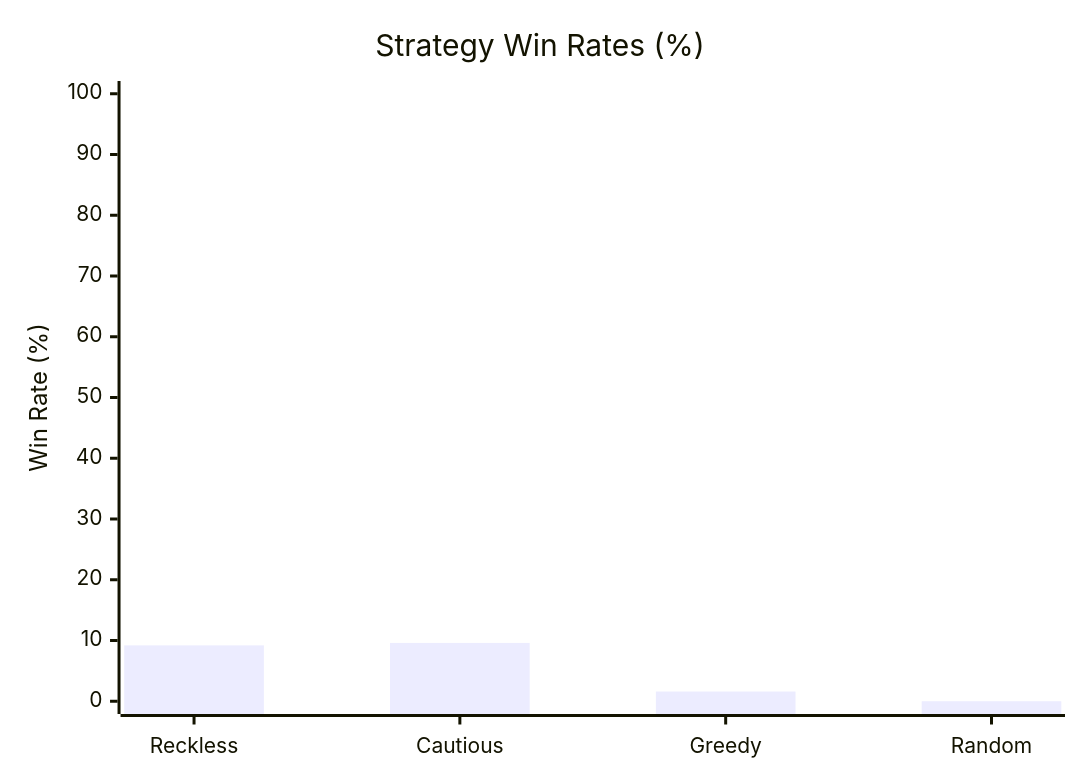
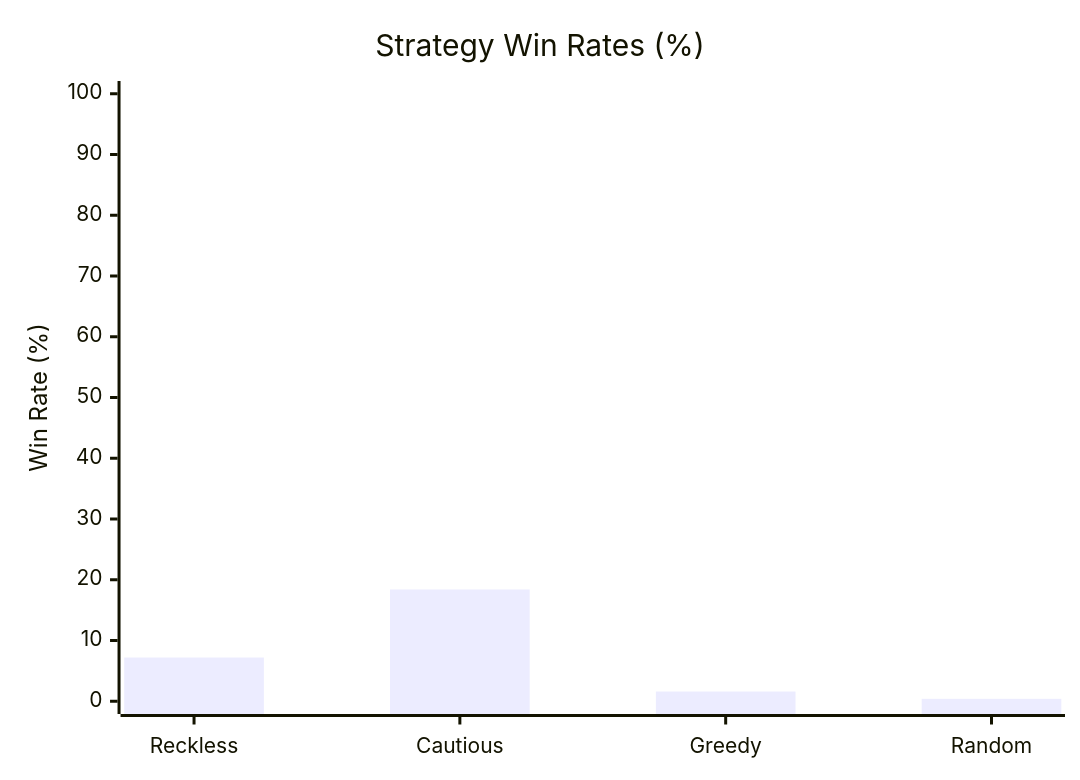
Before and after one commit to JACE062/TheMonstrousSea2: the diagram in packages/monstrous_sim/reports/report.md, drawn with Mermaid. The commit also changed other lines of this file and 39 other files, not shown here.

````diff
--- a/packages/monstrous_sim/reports/report.md
+++ b/packages/monstrous_sim/reports/report.md
@@ -18,7 +18,7 @@
 ```mermaid
 xychart-beta
     title "Strategy Win Rates (%)"
     x-axis ["Reckless", "Cautious", "Greedy", "Random"]
     y-axis "Win Rate (%)" 0 --> 100
-    bar [9.2, 9.6, 1.6, 0.0]
+    bar [7.2, 18.4, 1.6, 0.4]
 ```
````
